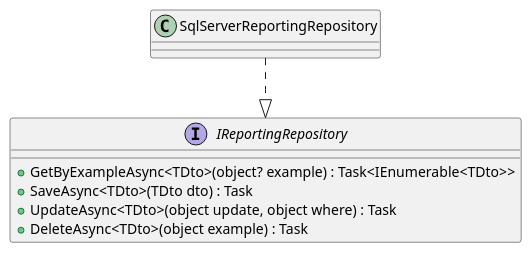
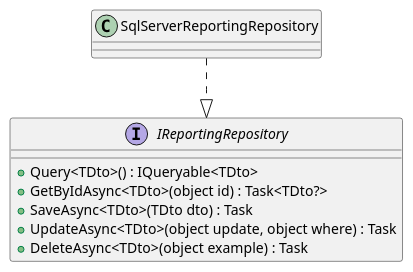
Before and after one commit to Mwwhited-BookLearning/fohjin-cqrs: the second of 2 diagrams in docs/08-reporting-read-models.md, drawn with PlantUML. The commit also changed other lines of this file and 47 other files, not shown here.

````diff
--- a/docs/08-reporting-read-models.md
+++ b/docs/08-reporting-read-models.md
@@ -122,12 +115,13 @@
 ```plantuml
 @startuml
 interface IReportingRepository {
-  + GetByExampleAsync<TDto>(object? example) : Task<IEnumerable<TDto>>
+  + Query<TDto>() : IQueryable<TDto>
+  + GetByIdAsync<TDto>(object id) : Task<TDto?>
   + SaveAsync<TDto>(TDto dto) : Task
   + UpdateAsync<TDto>(object update, object where) : Task
   + DeleteAsync<TDto>(object example) : Task
 }
 class SqlServerReportingRepository
 SqlServerReportingRepository ..|> IReportingRepository
 @enduml
 ```
````
